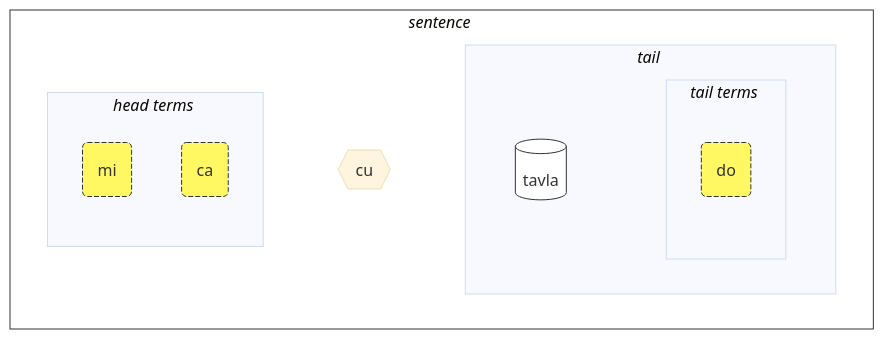
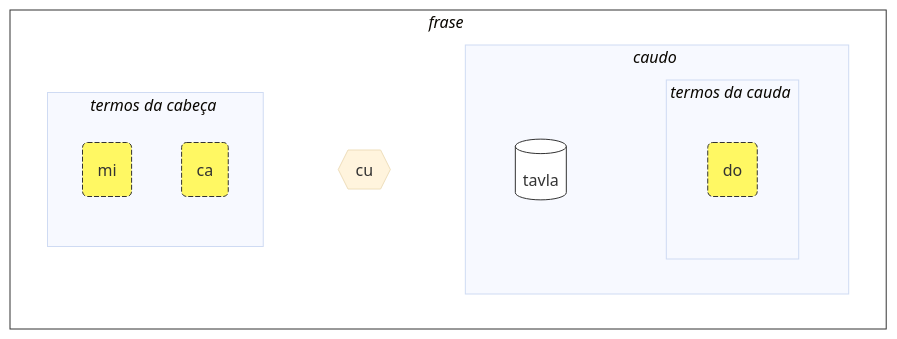
One commit to La-Lojban/lojban.pw changed the first of 2 diagrams in data/pages/pt/books/learn-lojban/!1.md. Above: the diagram before and after it, drawn with Mermaid (base theme). The commit also changed other lines of this file, not shown here.

````diff
--- a/data/pages/pt/books/learn-lojban/!1.md
+++ b/data/pages/pt/books/learn-lojban/!1.md
@@ -170,40 +170,40 @@
 ```mermaid
 flowchart LR
     %% common structure:
-    subgraph sentence["<i>sentence</i>#nbsp;"]
+    subgraph sentence["<i>frase</i>#nbsp;"]
         direction LR
         head-terms
         cu{{"cu"}}
         tail
     end
     head-terms ~~~ cu ~~~ tail
-    subgraph tail["<i>tail</i>#nbsp;"]
+    subgraph tail["<i>caudo</i>#nbsp;"]
         direction LR
         selbri ~~~ tail-terms
     end
     %%  semi-automated
-    subgraph head-terms["<i>head terms</i>#nbsp;"]
+    subgraph head-terms["<i>termos da cabeça</i>#nbsp;"]
         t1
         t2
     end
-    subgraph tail-terms["<i>tail terms</i>#nbsp;"]
+    subgraph tail-terms["<i>termos da cauda</i>#nbsp;"]
         tt3
         %% tt4
     end
     %%todo: automatically link all terms to selbri
 
     t1(mi)
     t2(ca)
     selbri[(tavla)]
     tt3(do)
     %% tt4["la .lojban."]
 
     classDef x fill:#FFF863,stroke:#333,stroke-width:1px,stroke-dasharray: 5 2;
     class t1 x;
     class t2 x;
     class tt3 x;
     classDef blabi fill:#fff,stroke:#333;
     class selbri blabi;
     class sentence blabi;
 
 ```
````
